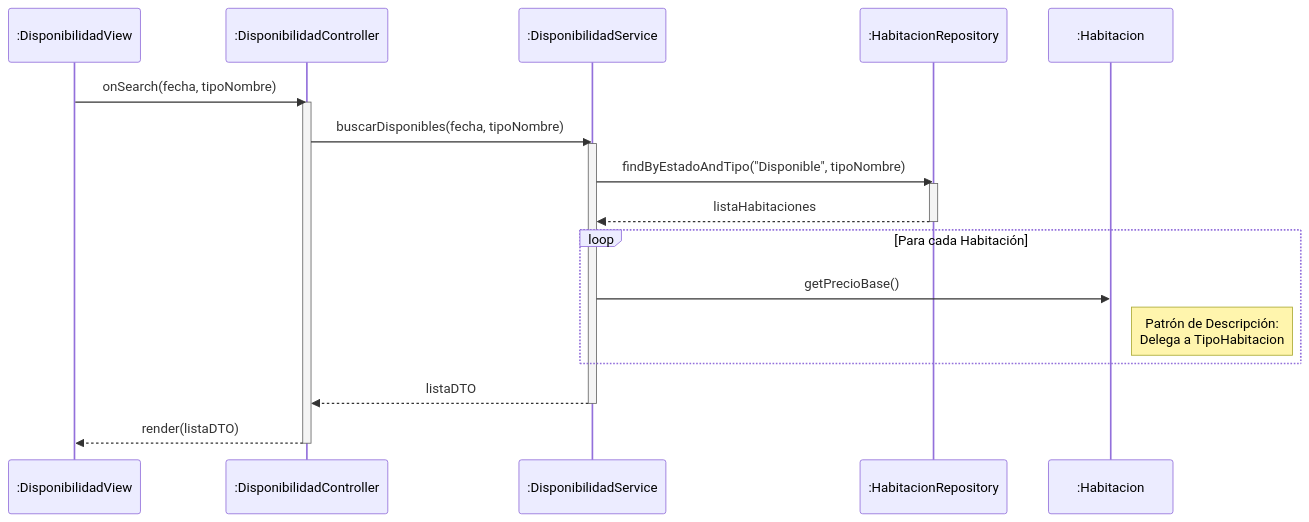
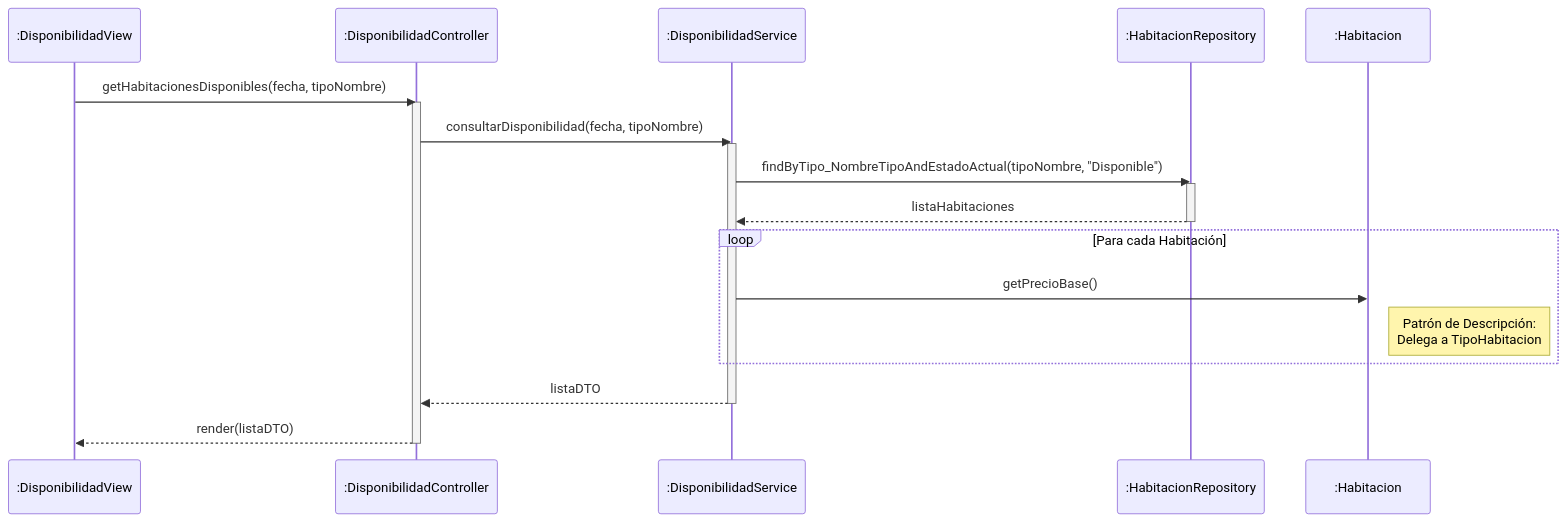
One commit to Tsmrain/GestionSistemas changed the diagram in 03_Diseño/CU-01-Consultar-Disponibilidad/CU-01_Secuencia.mmd. Above: the diagram before and after it, drawn with Mermaid. The commit also changed 3 other files, not shown here.

Commit message:
docs: update diagrams to reflect actual code implementation

```diff
--- a/03_Diseño/CU-01-Consultar-Disponibilidad/CU-01_Secuencia.mmd
+++ b/03_Diseño/CU-01-Consultar-Disponibilidad/CU-01_Secuencia.mmd
@@ -1,26 +1,26 @@
 sequenceDiagram
     participant UI as :DisponibilidadView
     participant Ctrl as :DisponibilidadController
     participant Serv as :DisponibilidadService
     participant Repo as :HabitacionRepository
     participant Hab as :Habitacion
 
-    UI->>Ctrl: onSearch(fecha, tipoNombre)
+    UI->>Ctrl: getHabitacionesDisponibles(fecha, tipoNombre)
     activate Ctrl
-    Ctrl->>Serv: buscarDisponibles(fecha, tipoNombre)
+    Ctrl->>Serv: consultarDisponibilidad(fecha, tipoNombre)
     activate Serv
     
-    Serv->>Repo: findByEstadoAndTipo("Disponible", tipoNombre)
+    Serv->>Repo: findByTipo_NombreTipoAndEstadoActual(tipoNombre, "Disponible")
     activate Repo
     Repo-->>Serv: listaHabitaciones
     deactivate Repo
 
     loop Para cada Habitación
         Serv->>Hab: getPrecioBase()
         Note right of Hab: Patrón de Descripción: <br/>Delega a TipoHabitacion
     end
 
     Serv-->>Ctrl: listaDTO
     deactivate Serv
     Ctrl-->>UI: render(listaDTO)
     deactivate Ctrl
```
